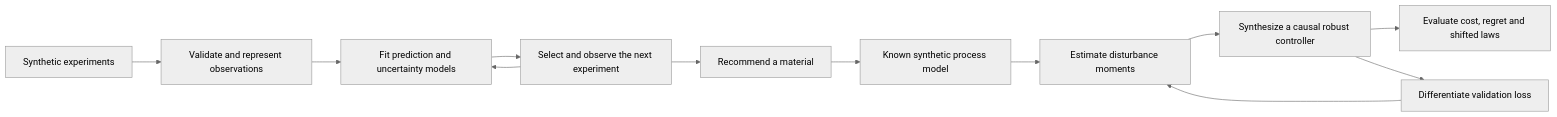
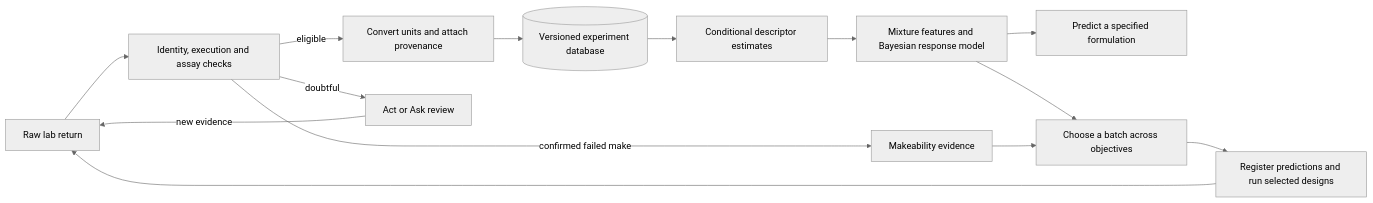
One commit to aleex2396-ai/materials-decision-workflows changed the diagram in README.md. Above: the diagram before and after it, drawn with Mermaid (neutral theme). The commit also changed other lines of this file and 38 other files, not shown here.

Commit message:
Build a synthetic materials campaign from evidence intake to Bayesian experiment design

````diff
--- a/README.md
+++ b/README.md
@@ -30,14 +32,16 @@
-~~~mermaid
+```mermaid
 flowchart LR
-  A[Synthetic experiments] --> B[Validate and represent observations]
-  B --> C[Fit prediction and uncertainty models]
-  C --> D[Select and observe the next experiment]
-  D --> C
-  D --> E[Recommend a material]
-  E --> F[Known synthetic process model]
-  F --> G[Estimate disturbance moments]
-  G --> H[Synthesize a causal robust controller]
-  H --> I[Evaluate cost, regret and shifted laws]
-  H --> J[Differentiate validation loss]
-  J --> G
-~~~
+  R[Raw lab return] --> Q[Identity, execution and assay checks]
+  Q -->|eligible| U[Convert units and attach provenance]
+  Q -->|doubtful| A[Act or Ask review]
+  A -->|new evidence| R
+  Q -->|confirmed failed make| F[Makeability evidence]
+  U --> D[(Versioned experiment database)]
+  D --> I[Conditional descriptor estimates]
+  I --> M[Mixture features and Bayesian response model]
+  M --> P[Predict a specified formulation]
+  M --> B[Choose a batch across objectives]
+  F --> B
+  B --> S[Register predictions and run selected designs]
+  S --> R
+```
````
